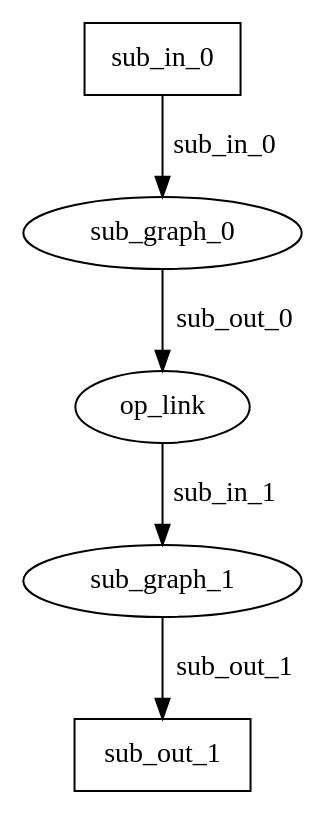
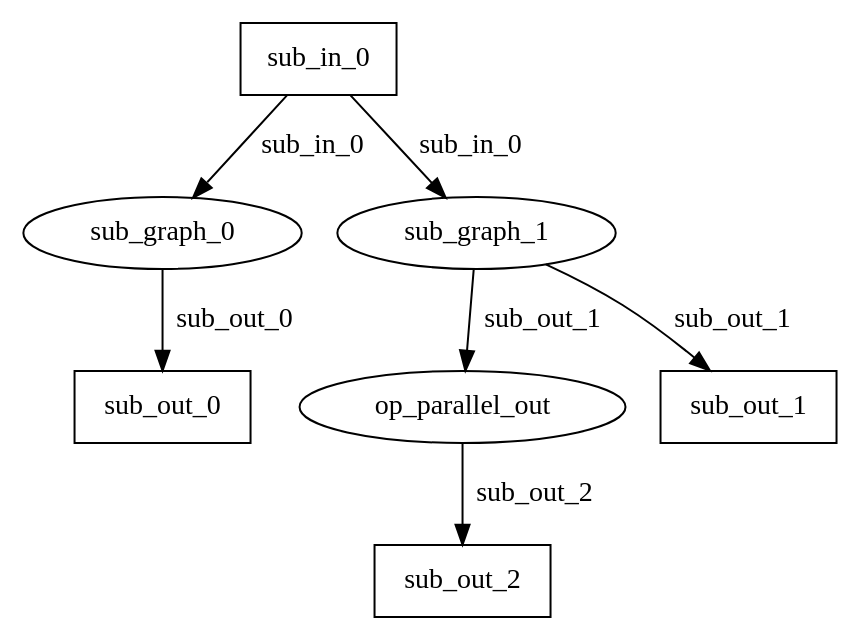
One commit to nndeploy/nndeploy changed the diagram in demo/dag/dag.dot. Above: the diagram before and after it, drawn with Graphviz. The commit also changed 31 other files, not shown here.

```diff
--- a/demo/dag/dag.dot
+++ b/demo/dag/dag.dot
@@ -1,23 +1,15 @@
-// digraph sep_graph {
-// p0000002DF88FFA28[shape=box, label=input]
-// p0000002DF88FFA28->p0000015D21E9AA80[label=sub_in_0]
-// p0000015D21E9AA80[label=sub_graph_0]
-// p0000015D21E9AA80->p0000015D21EC9F10[label=sub_out_0]
-// p0000015D21EC9F10[label=op_link]
-// p0000015D21EC9F10->p0000015D21E9BA80[label=sub_in_1]
-// p0000015D21E9BA80[label=sub_graph_1]
-// p0000002DF88FF9A8[shape=box, label=sub_out_1]
-// p0000015D21E9BA80->p0000002DF88FF9A8[label=sub_out_1]
-// }
-
-digraph sep_graph {
-p000000777572FD78[shape=box, label=sub_in_0]
-p000000777572FD78->p0000024C33D6AA80[label=sub_in_0]
-p0000024C33D6AA80[label=sub_graph_0]
-p0000024C33D6AA80->p0000024C33DA5CE0[label=sub_out_0]
-p0000024C33DA5CE0[label=op_link]
-p0000024C33DA5CE0->p0000024C33D6BA30[label=sub_in_1]
-p0000024C33D6BA30[label=sub_graph_1]
-p000000777572FCF8[shape=box, label=sub_out_1]
-p0000024C33D6BA30->p000000777572FCF8[label=sub_out_1]
+digraph par_graph {
+p000000150358FDA0[shape=box, label=sub_in_0]
+p000000150358FDA0->p000001A7B4AFAAB0[label=sub_in_0]
+p000000150358FDA0->p000001A7B4AFBAB0[label=sub_in_0]
+p000001A7B4AFAAB0[label=sub_graph_0]
+p000001A7B4AFBAB0[label=sub_graph_1]
+p000001A7B4AFBAB0->p000001A7B4B33930[label=sub_out_1]
+p000001A7B4B33930[label=op_parallel_out]
+p000000150358FD70[shape=box, label=sub_out_0]
+p000001A7B4AFAAB0->p000000150358FD70[label=sub_out_0]
+p000000150358FD40[shape=box, label=sub_out_1]
+p000001A7B4AFBAB0->p000000150358FD40[label=sub_out_1]
+p000000150358FDD0[shape=box, label=sub_out_2]
+p000001A7B4B33930->p000000150358FDD0[label=sub_out_2]
 }
```
